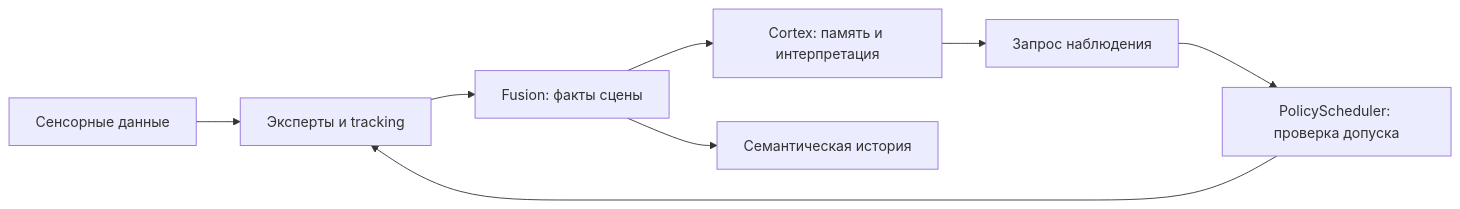
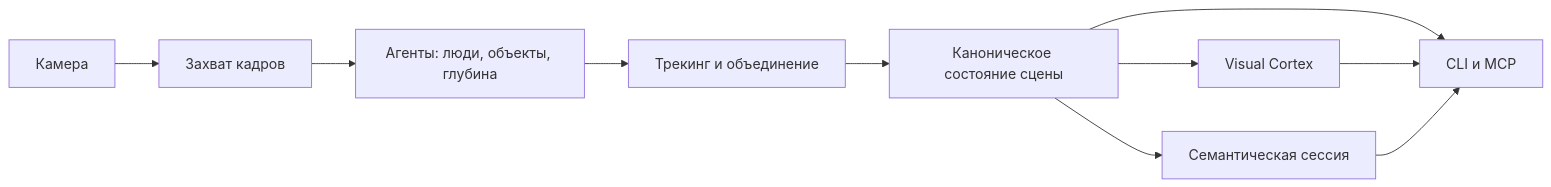
Before and after one commit to howadX/Machine-Vision-Module: the diagram in README.md, drawn with Mermaid. The commit also changed other lines of this file, not shown here.

````diff
--- a/README.md
+++ b/README.md
@@ -128,10 +38,12 @@
 ```mermaid
 flowchart LR
-    S[Сенсорные данные] --> E[Эксперты и tracking]
-    E --> F[Fusion: факты сцены]
-    F --> C[Cortex: память и интерпретация]
-    F --> H[Семантическая история]
-    C --> R[Запрос наблюдения]
-    R --> P[PolicyScheduler: проверка допуска]
-    P --> E
+    Camera[Камера] --> Capture[Захват кадров]
+    Capture --> Experts[Агенты: люди, объекты, глубина]
+    Experts --> Fusion[Трекинг и объединение]
+    Fusion --> Facts[Каноническое состояние сцены]
+    Facts --> Cortex[Visual Cortex]
+    Facts --> Dataset[Семантическая сессия]
+    Facts --> CLI[CLI и MCP]
+    Cortex --> CLI
+    Dataset --> CLI
 ```
````
